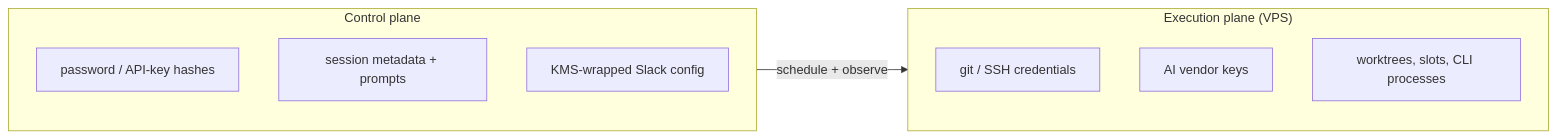
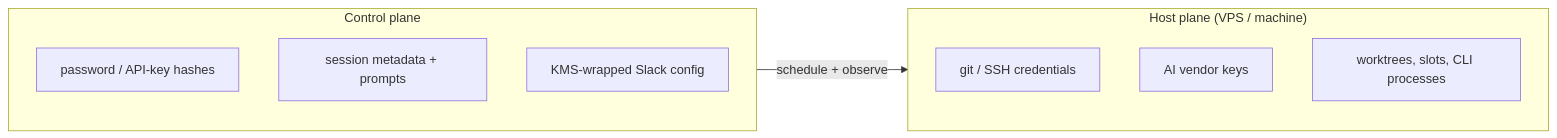
One commit to jonathanong/auto-harness changed the second of 2 diagrams in docs/architecture/README.md. Above: the diagram before and after it, drawn with Mermaid. The commit also changed other lines of this file and 11 other files, not shown here.

````diff
--- a/docs/architecture/README.md
+++ b/docs/architecture/README.md
@@ -75,16 +80,16 @@
 ```mermaid
 flowchart LR
     subgraph Control["Control plane"]
         H["password / API-key hashes"]
         P["session metadata + prompts"]
         K["KMS-wrapped Slack config"]
     end
 
-    subgraph Exec["Execution plane (VPS)"]
+    subgraph Host["Host plane (VPS / machine)"]
         G["git / SSH credentials"]
         A["AI vendor keys"]
         D["worktrees, slots, CLI processes"]
     end
 
-    Control -->|"schedule + observe"| Exec
+    Control -->|"schedule + observe"| Host
 ```
````
